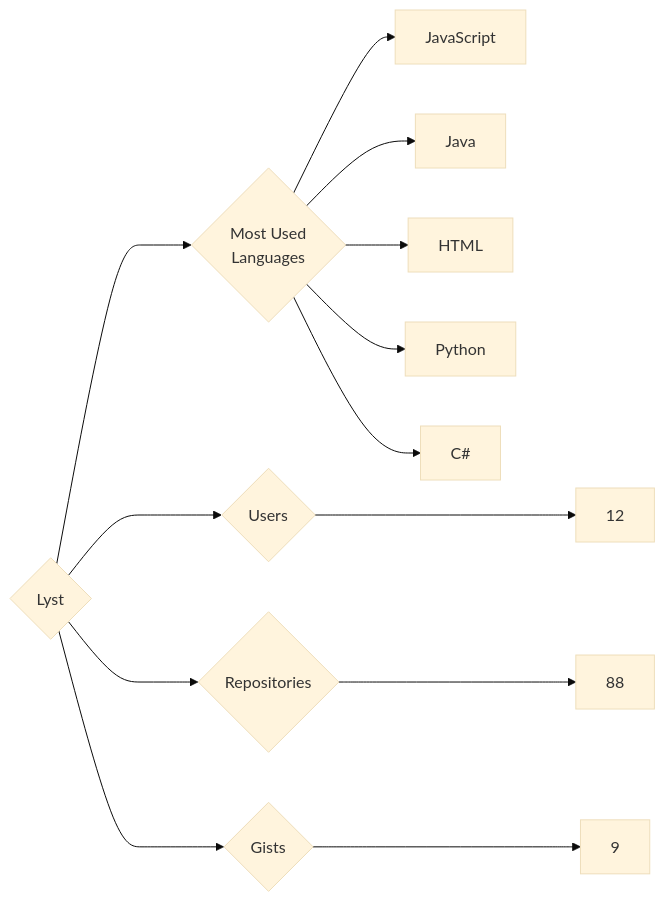
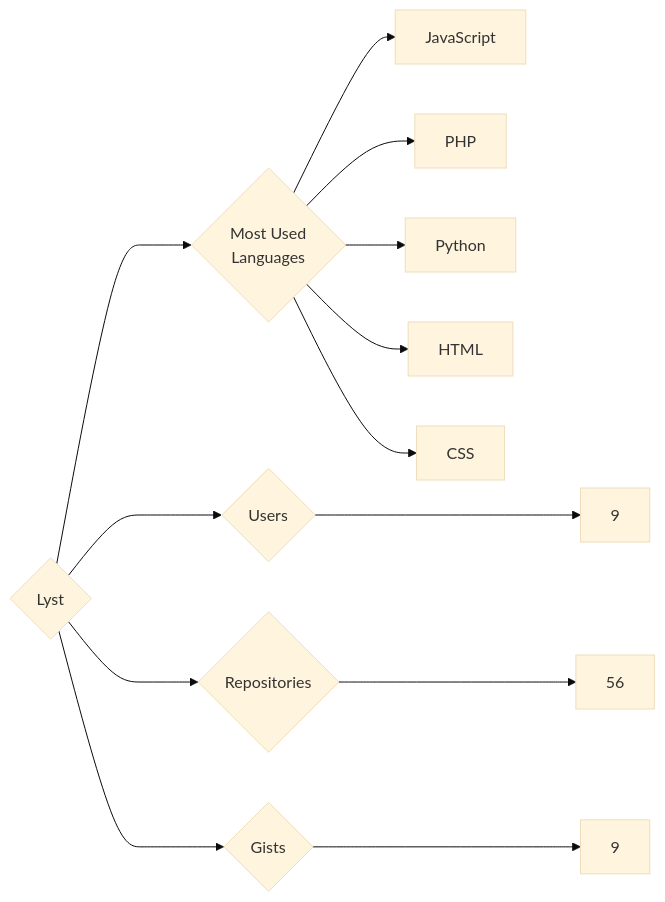
One commit to trickest/insiders changed the diagram in targets/Lyst/README.md. Above: the diagram before and after it, drawn with Mermaid (base theme). The commit also changed 782 other files, not shown here.

````diff
--- a/targets/Lyst/README.md
+++ b/targets/Lyst/README.md
@@ -3,13 +3,13 @@
 ```mermaid
 graph LR
 COMPANY_NAME{Lyst}
-COMPANY_NAME ---> U{Users} ---> UN[12]
-COMPANY_NAME ---> R{Repositories} ---> RN[88]
+COMPANY_NAME ---> U{Users} ---> UN[9]
+COMPANY_NAME ---> R{Repositories} ---> RN[56]
 COMPANY_NAME ---> G{Gists} ---> GN[9]
 COMPANY_NAME ---> ML{Most Used<br>Languages}
 ML --> JavaScript[JavaScript]
-ML --> Java[Java]
+ML --> PHP[PHP]
+ML --> Python[Python]
 ML --> HTML[HTML]
-ML --> Python[Python]
-ML --> C#[C#]
+ML --> CSS[CSS]
 ```
````
